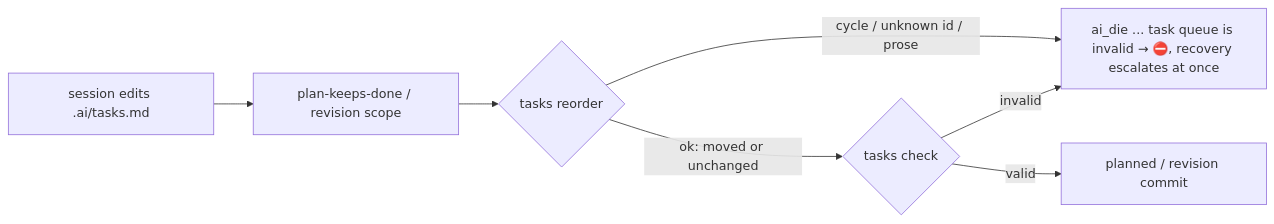
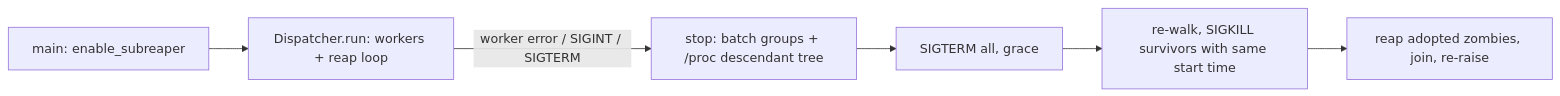
The diagram in .ai/current-plan.md (Muf454/agents), drawn with Mermaid before and after one commit. The commit also changed other lines of this file and 4 other files, not shown here.

First line of the commit message:
plan: flow batch 4 (FL-27, FL-25, FL-26, FL-12, CU-2)

````diff
--- a/.ai/current-plan.md
+++ b/.ai/current-plan.md
@@ -18,9 +21,8 @@
    ```mermaid
    flowchart LR
-     S[session edits .ai/tasks.md] --> K[plan-keeps-done / revision scope]
-     K --> R{tasks reorder}
-     R -- cycle / unknown id / prose --> X[ai_die ... task queue is invalid → ⛔, recovery escalates at once]
-     R -- ok: moved or unchanged --> C{tasks check}
-     C -- invalid --> X
-     C -- valid --> D[planned / revision commit]
+     M[main: enable_subreaper] --> D[Dispatcher.run: workers + reap loop]
+     D -- worker error / SIGINT / SIGTERM --> S[stop: batch groups + /proc descendant tree]
+     S --> T[SIGTERM all, grace]
+     T --> K[re-walk, SIGKILL survivors with same start time]
+     K --> R[reap adopted zombies, join, re-raise]
    ```
````
